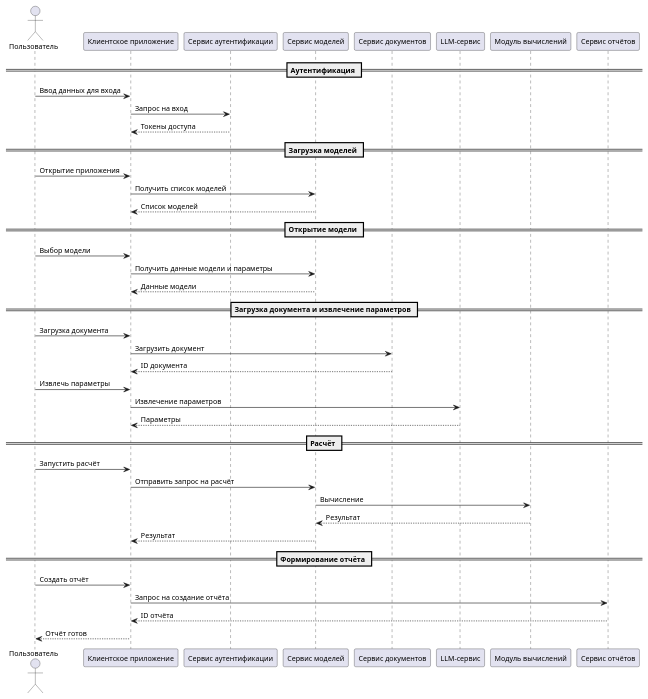
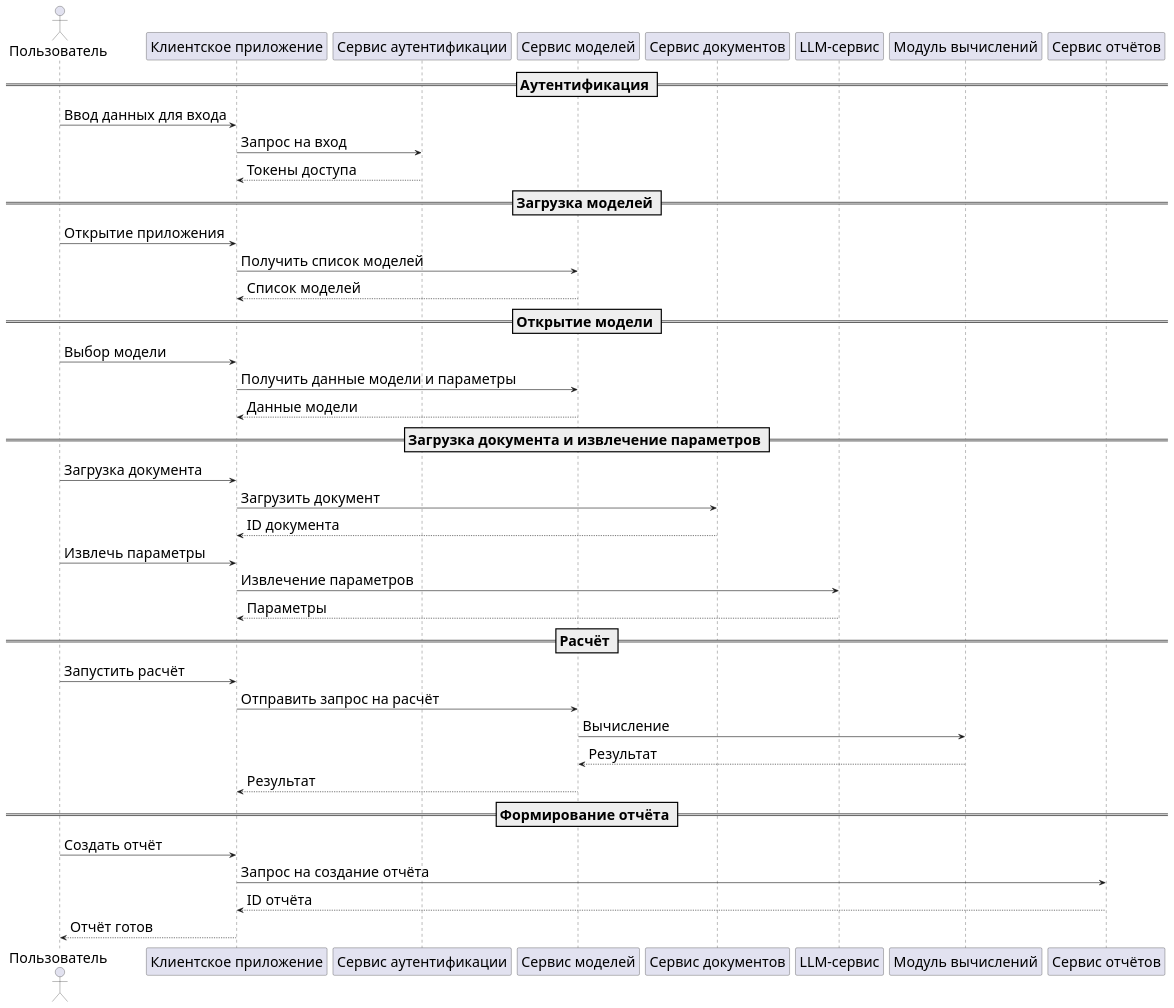
Before and after one commit to Reinezzz/econimc-simulator: the diagram in Схемы/sequence.wsd, drawn with PlantUML. The commit also changed 16 other files, not shown here.

Commit message:
diagrams

```diff
--- a/Схемы/sequence.wsd
+++ b/Схемы/sequence.wsd
@@ -1,50 +1,50 @@
 @startuml
 skinparam defaultFontName "Times New Roman"
-skinparam defaultFontSize 12
+skinparam defaultFontSize 24
 
 actor Пользователь as User
 participant "Клиентское приложение" as Client
 participant "Сервис аутентификации" as Auth
 participant "Сервис моделей" as ModelSvc
 participant "Сервис документов" as DocSvc
 participant "LLM-сервис" as LLM
 participant "Модуль вычислений" as Solver
 participant "Сервис отчётов" as ReportSvc
 
 == Аутентификация ==
 User -> Client: Ввод данных для входа
 Client -> Auth: Запрос на вход
 Auth --> Client: Токены доступа
 
 == Загрузка моделей ==
 User -> Client: Открытие приложения
 Client -> ModelSvc: Получить список моделей
 ModelSvc --> Client: Список моделей
 
 == Открытие модели ==
 User -> Client: Выбор модели
 Client -> ModelSvc: Получить данные модели и параметры
 ModelSvc --> Client: Данные модели
 
 == Загрузка документа и извлечение параметров ==
 User -> Client: Загрузка документа
 Client -> DocSvc: Загрузить документ
 DocSvc --> Client: ID документа
 User -> Client: Извлечь параметры
 Client -> LLM: Извлечение параметров
 LLM --> Client: Параметры
 
 == Расчёт ==
 User -> Client: Запустить расчёт
 Client -> ModelSvc: Отправить запрос на расчёт
 ModelSvc -> Solver: Вычисление
 Solver --> ModelSvc: Результат
 ModelSvc --> Client: Результат
 
 == Формирование отчёта ==
 User -> Client: Создать отчёт
 Client -> ReportSvc: Запрос на создание отчёта
 ReportSvc --> Client: ID отчёта
 Client --> User: Отчёт готов
 
 @enduml
```
